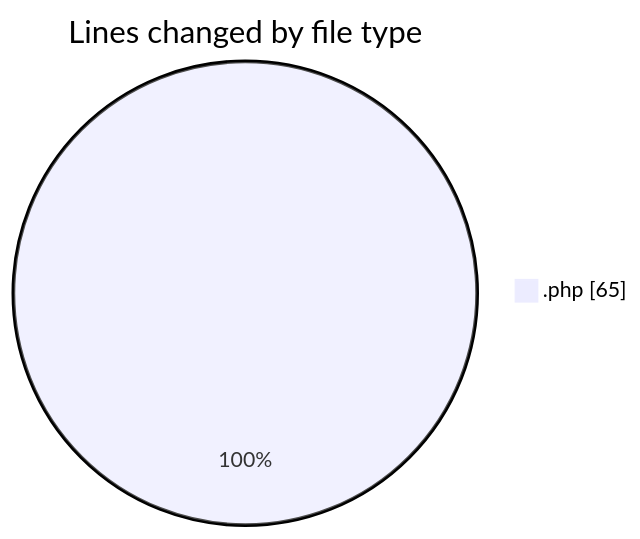
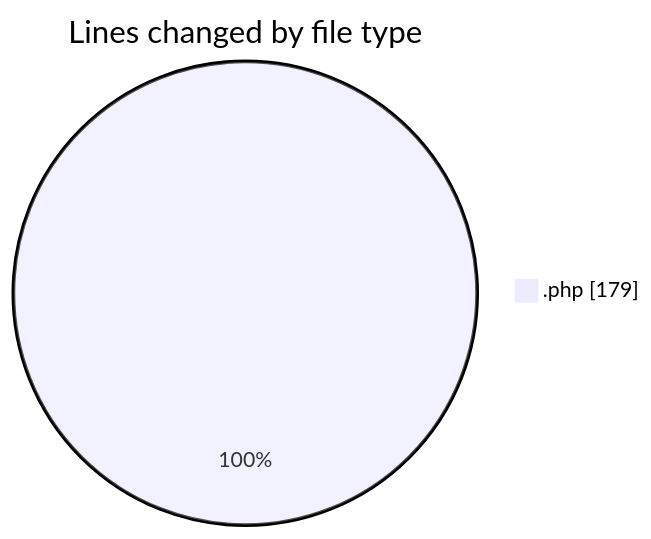
The first of 2 diagrams in 2025-05-16/booking/README.md (idhammustaqopulfikri/code-tracking), drawn with Mermaid before and after one commit. The commit also changed other lines of this file and 1 other file, not shown here.

````diff
--- a/2025-05-16/booking/README.md
+++ b/2025-05-16/booking/README.md
@@ -20,5 +21,5 @@
 ```mermaid
 pie showData
 title Lines changed by file type
-".php" : 65
+".php" : 179
 ```
````
